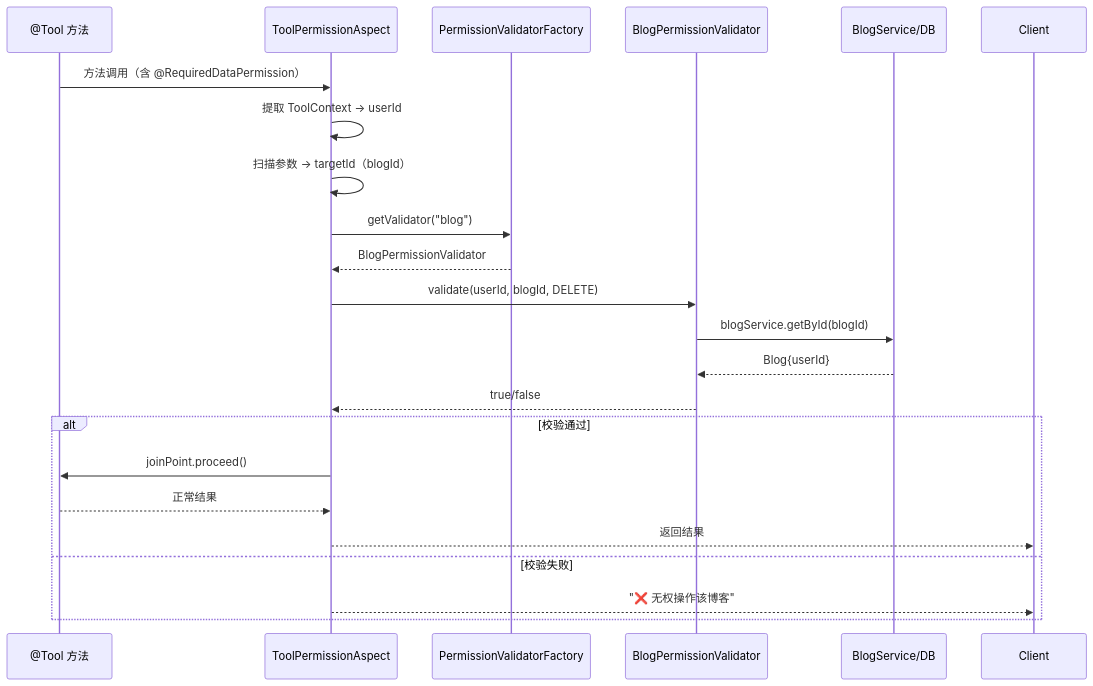
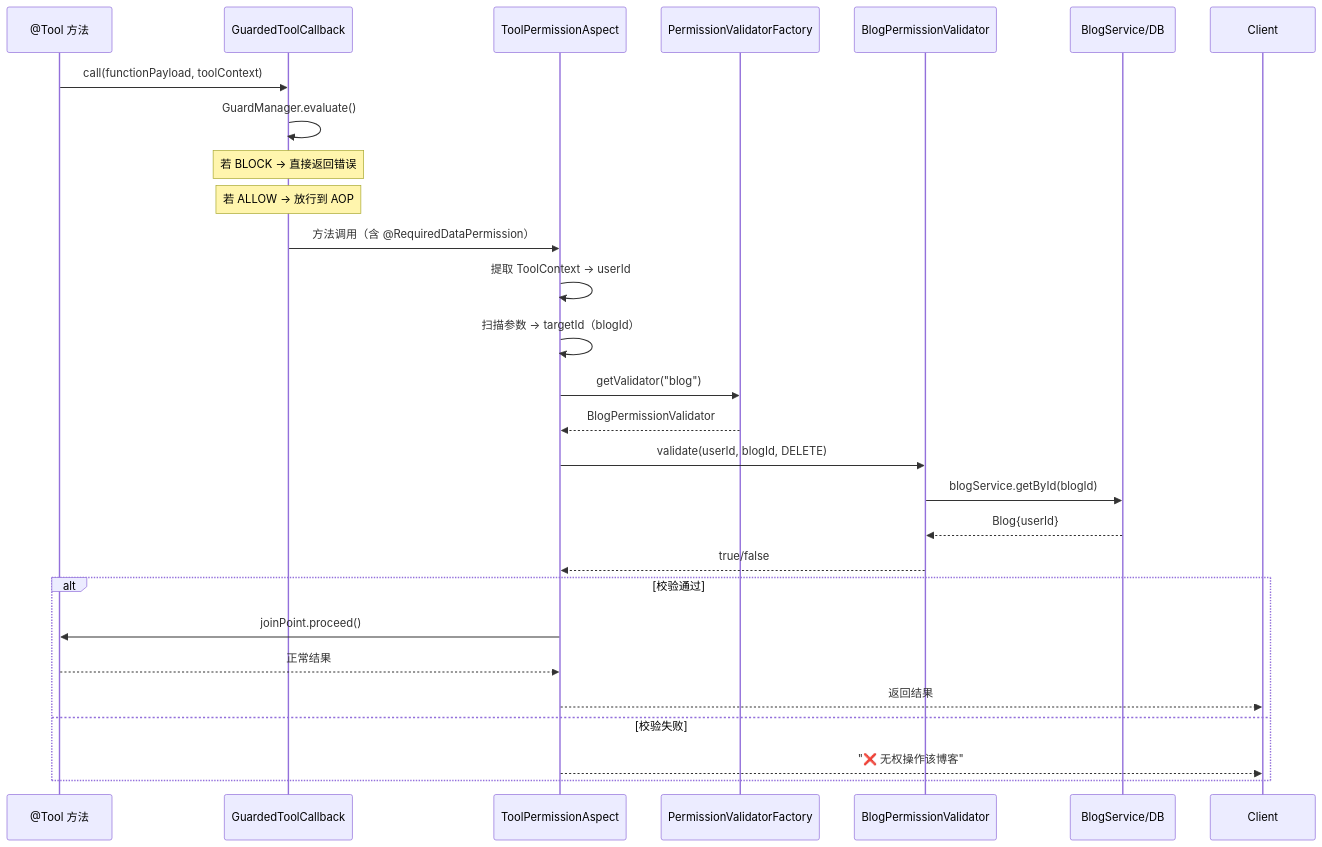
One commit to vacontinuejatotired/hm-dianping changed the second of 4 diagrams in md/agent/Agent模块架构设计.md. Above: the diagram before and after it, drawn with Mermaid. The commit also changed other lines of this file and 1 other file, not shown here.

First line of the commit message:
docs: 更新 Agent 模块架构文档和发展路线图

````diff
--- a/md/agent/Agent模块架构设计.md
+++ b/md/agent/Agent模块架构设计.md
@@ -476,25 +516,30 @@
 ```mermaid
 sequenceDiagram
     participant Tool as @Tool 方法
+    participant GC as GuardedToolCallback
     participant Aspect as ToolPermissionAspect
     participant Factory as PermissionValidatorFactory
     participant Validator as BlogPermissionValidator
     participant DB as BlogService/DB
 
-    Tool->>Aspect: 方法调用（含 @RequiredDataPermission）
-    Aspect->>Aspect: 提取 ToolContext → userId
-    Aspect->>Aspect: 扫描参数 → targetId（blogId）
+    Tool->>GC: call(functionPayload, toolContext)
+    GC->>GC: GuardManager.evaluate()
+    Note over GC: 若 BLOCK -> 直接返回错误
+    Note over GC: 若 ALLOW -> 放行到 AOP
+    GC->>Aspect: 方法调用（含 @RequiredDataPermission）
+    Aspect->>Aspect: 提取 ToolContext -> userId
+    Aspect->>Aspect: 扫描参数 -> targetId（blogId）
     Aspect->>Factory: getValidator("blog")
     Factory-->>Aspect: BlogPermissionValidator
     Aspect->>Validator: validate(userId, blogId, DELETE)
     Validator->>DB: blogService.getById(blogId)
     DB-->>Validator: Blog{userId}
     Validator-->>Aspect: true/false
     alt 校验通过
         Aspect->>Tool: joinPoint.proceed()
         Tool-->>Aspect: 正常结果
         Aspect-->>Client: 返回结果
     else 校验失败
         Aspect-->>Client: "❌ 无权操作该博客"
     end
 ```
````
